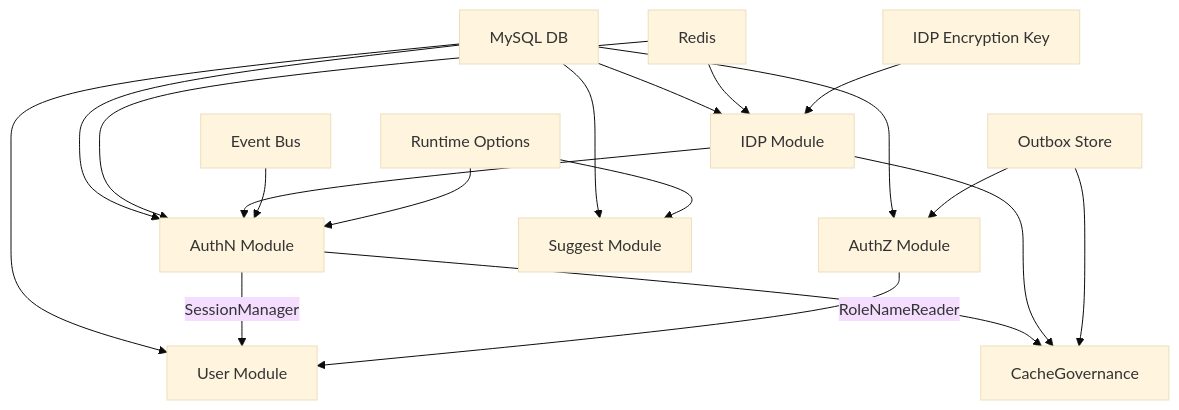
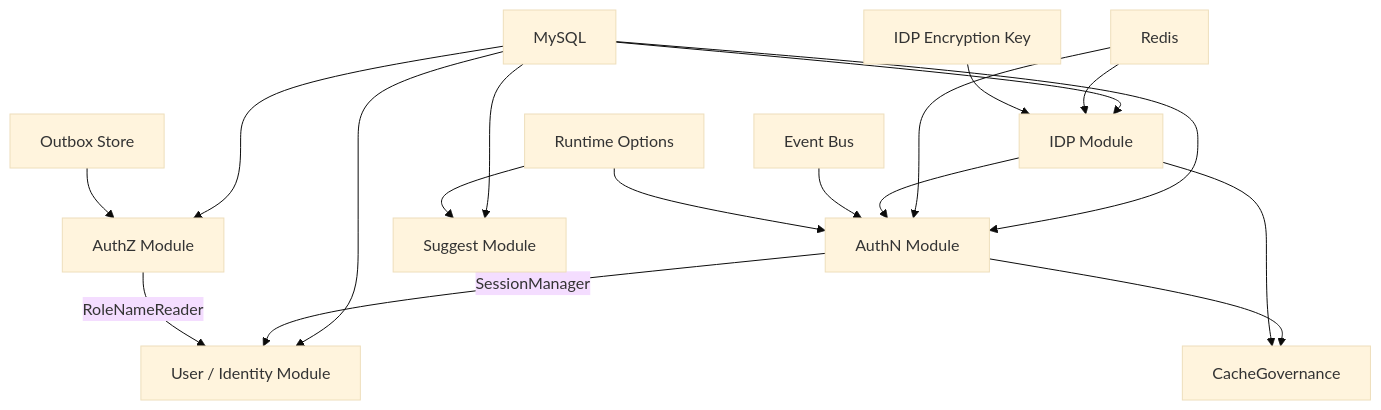
Before and after one commit to FangcunMount/iam: the fourth of 11 diagrams in docs/00-概览/01-系统架构总览.md, drawn with Mermaid (base theme). The commit also changed other lines of this file and 11 other files, not shown here.

````diff
--- a/docs/00-概览/01-系统架构总览.md
+++ b/docs/00-概览/01-系统架构总览.md
@@ -137,40 +255,39 @@
 ```mermaid
 flowchart TD
-    DB["MySQL DB"]
+    DB["MySQL"]
     Redis["Redis"]
     EventBus["Event Bus"]
     EventStager["Outbox Store"]
     Key["IDP Encryption Key"]
     RuntimeOptions["Runtime Options"]
 
     IDP["IDP Module"]
     AuthN["AuthN Module"]
     AuthZ["AuthZ Module"]
-    User["User Module"]
+    User["User / Identity Module"]
     Suggest["Suggest Module"]
     CacheGov["CacheGovernance"]
 
     DB --> IDP
     Redis --> IDP
     Key --> IDP
 
     DB --> AuthN
     Redis --> AuthN
     IDP --> AuthN
     EventBus --> AuthN
     RuntimeOptions --> AuthN
 
     DB --> AuthZ
     EventStager --> AuthZ
 
     DB --> User
     AuthN -->|"SessionManager"| User
     AuthZ -->|"RoleNameReader"| User
 
     DB --> Suggest
     RuntimeOptions --> Suggest
 
     AuthN --> CacheGov
     IDP --> CacheGov
-    EventStager --> CacheGov
 ```
````
